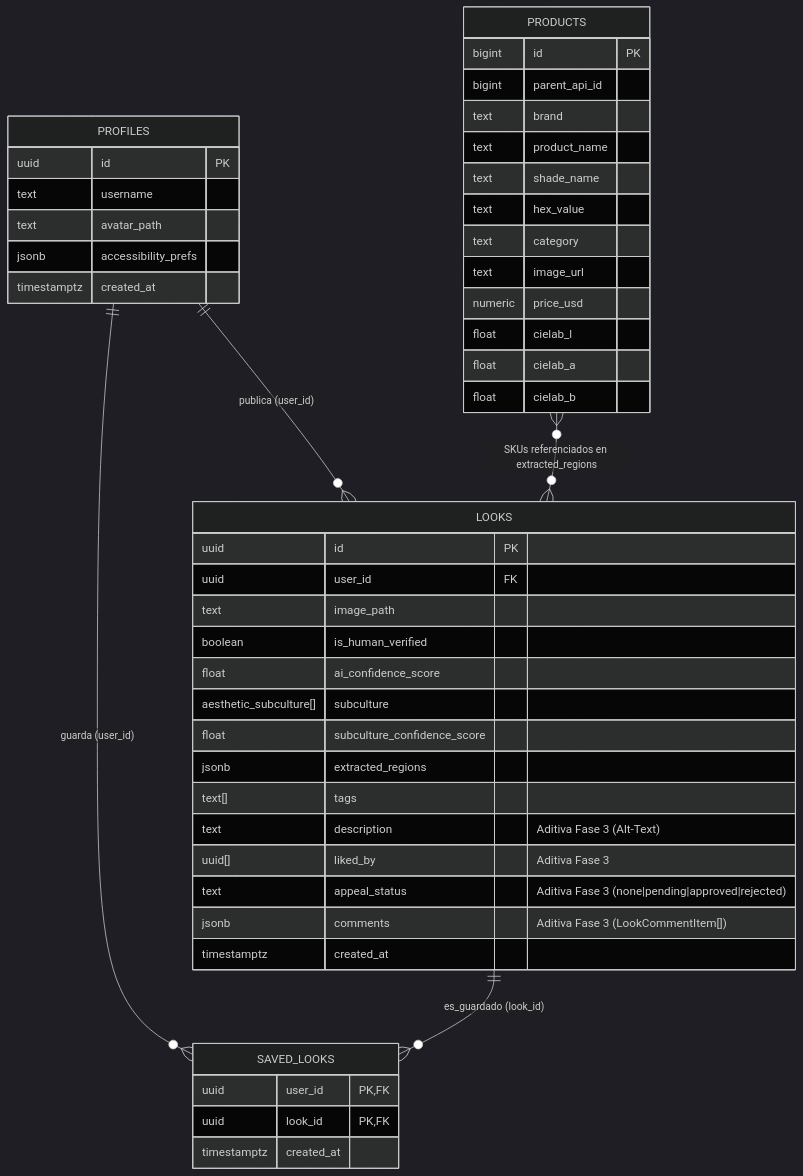
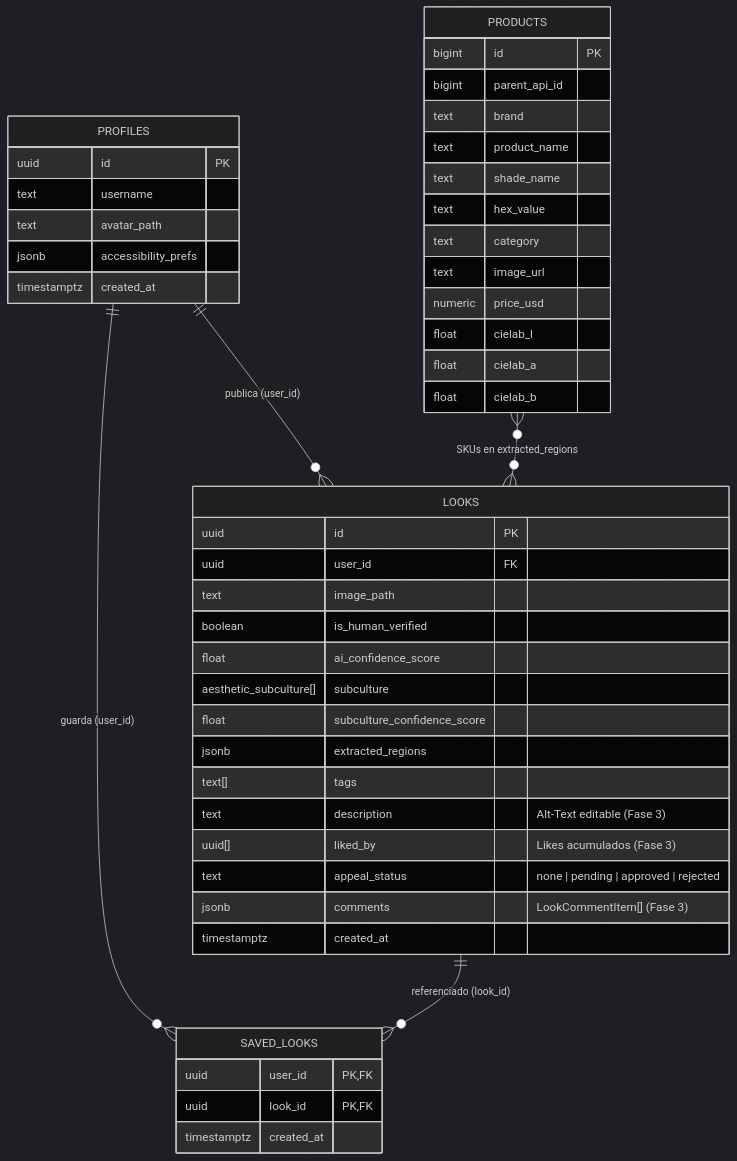
The second of 2 diagrams in docs/Entrega_Final_AurasMatch.md (DiegoEscalante/AurasMatch), drawn with Mermaid (dark theme) before and after one commit. The commit also changed other lines of this file and 4 other files, not shown here.

````diff
--- a/docs/Entrega_Final_AurasMatch.md
+++ b/docs/Entrega_Final_AurasMatch.md
@@ -146,53 +148,53 @@
 ```mermaid
 erDiagram
     PROFILES ||--o{ LOOKS : "publica (user_id)"
     PROFILES ||--o{ SAVED_LOOKS : "guarda (user_id)"
-    LOOKS ||--o{ SAVED_LOOKS : "es_guardado (look_id)"
-    PRODUCTS }o--o{ LOOKS : "SKUs referenciados en extracted_regions"
+    LOOKS ||--o{ SAVED_LOOKS : "referenciado (look_id)"
+    PRODUCTS }o--o{ LOOKS : "SKUs en extracted_regions"
 
     PROFILES {
         uuid id PK
         text username
         text avatar_path
         jsonb accessibility_prefs
         timestamptz created_at
     }
 
     LOOKS {
         uuid id PK
         uuid user_id FK
         text image_path
         boolean is_human_verified
         float ai_confidence_score
         aesthetic_subculture[] subculture
         float subculture_confidence_score
         jsonb extracted_regions
         text[] tags
-        text description "Aditiva Fase 3 (Alt-Text)"
-        uuid[] liked_by "Aditiva Fase 3"
-        text appeal_status "Aditiva Fase 3 (none|pending|approved|rejected)"
-        jsonb comments "Aditiva Fase 3 (LookCommentItem[])"
+        text description "Alt-Text editable (Fase 3)"
+        uuid[] liked_by "Likes acumulados (Fase 3)"
+        text appeal_status "none | pending | approved | rejected"
+        jsonb comments "LookCommentItem[] (Fase 3)"
         timestamptz created_at
     }
 
     PRODUCTS {
         bigint id PK
         bigint parent_api_id
         text brand
         text product_name
         text shade_name
         text hex_value
         text category
         text image_url
         numeric price_usd
         float cielab_l
         float cielab_a
         float cielab_b
     }
 
     SAVED_LOOKS {
         uuid user_id PK, FK
         uuid look_id PK, FK
         timestamptz created_at
     }
 ```
````
